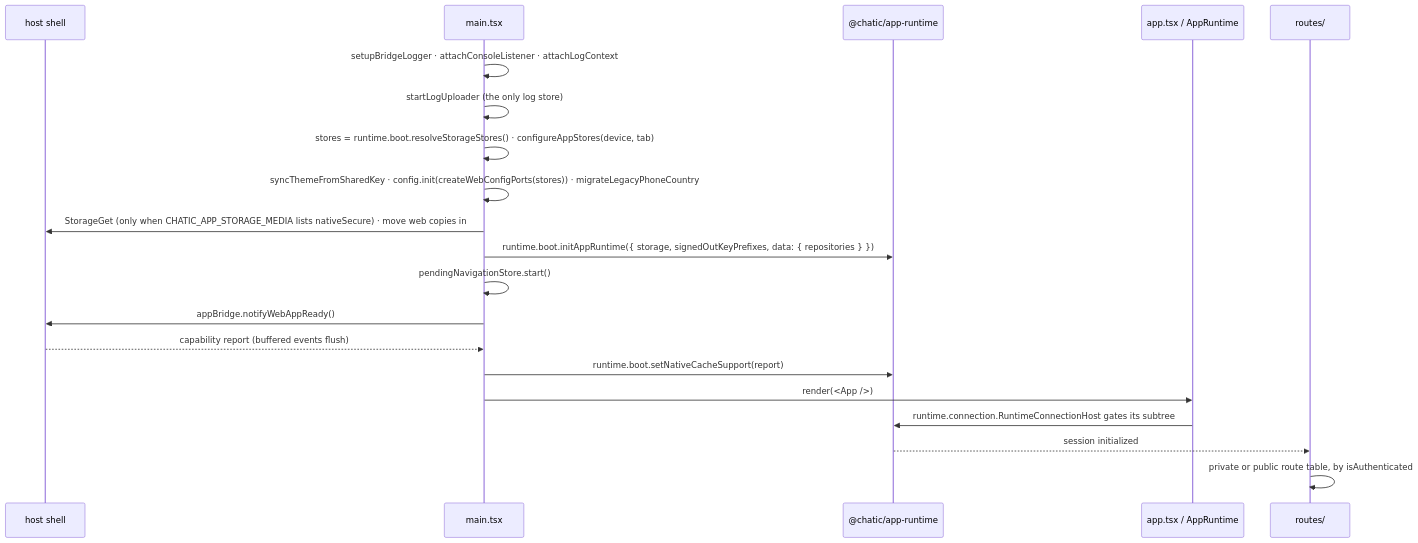
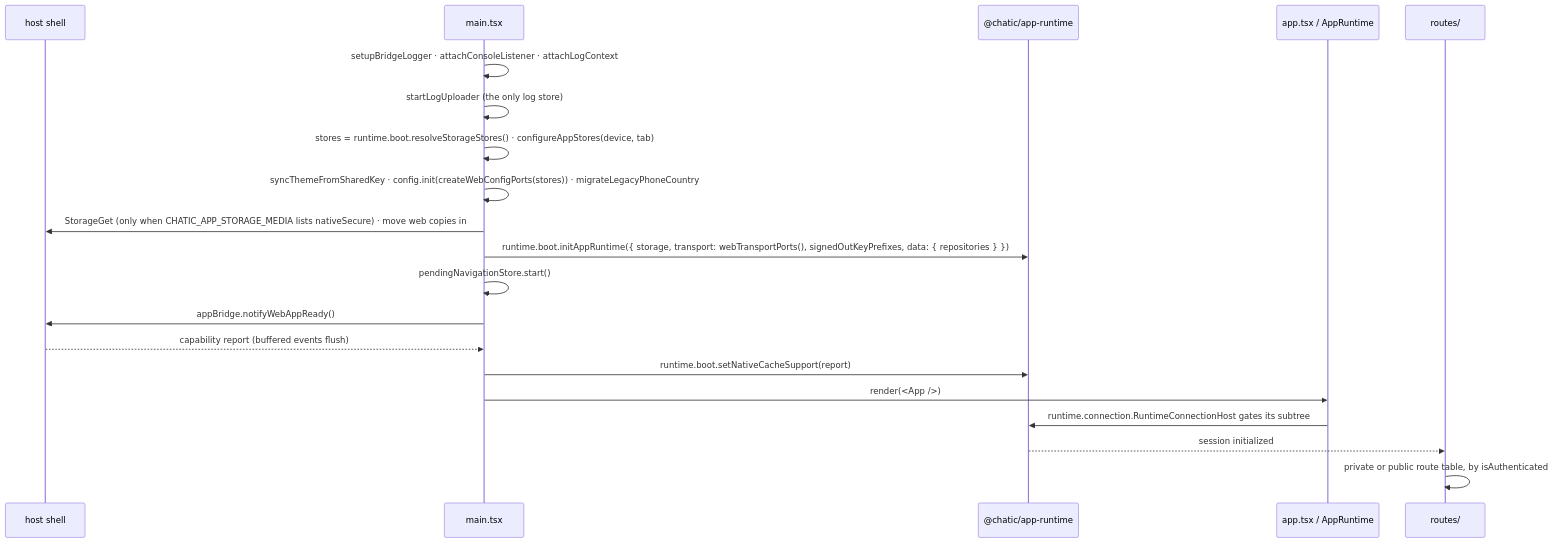
One commit to lemoncloud-io/dou-app changed the second of 2 diagrams in apps/web/README.md. Above: the diagram before and after it, drawn with Mermaid. The commit also changed 57 other files, not shown here.

First line of the commit message:
refactor(transport,runtime-web,app-runtime): open the transport's platform as ports

````diff
--- a/apps/web/README.md
+++ b/apps/web/README.md
@@ -146,23 +146,23 @@
 ```mermaid
 sequenceDiagram
     participant Shell as host shell
     participant Main as main.tsx
     participant RT as @chatic/app-runtime
     participant App as app.tsx / AppRuntime
     participant Router as routes/
 
     Main->>Main: setupBridgeLogger · attachConsoleListener · attachLogContext
     Main->>Main: startLogUploader (the only log store)
     Main->>Main: stores = runtime.boot.resolveStorageStores() · configureAppStores(device, tab)
     Main->>Main: syncThemeFromSharedKey · config.init(createWebConfigPorts(stores)) · migrateLegacyPhoneCountry
     Main->>Shell: StorageGet (only when CHATIC_APP_STORAGE_MEDIA lists nativeSecure) · move web copies in
-    Main->>RT: runtime.boot.initAppRuntime({ storage, signedOutKeyPrefixes, data: { repositories } })
+    Main->>RT: runtime.boot.initAppRuntime({ storage, transport: webTransportPorts(), signedOutKeyPrefixes, data: { repositories } })
     Main->>Main: pendingNavigationStore.start()
     Main->>Shell: appBridge.notifyWebAppReady()
     Shell-->>Main: capability report (buffered events flush)
     Main->>RT: runtime.boot.setNativeCacheSupport(report)
     Main->>App: render(<App />)
     App->>RT: runtime.connection.RuntimeConnectionHost gates its subtree
     RT-->>Router: session initialized
     Router->>Router: private or public route table, by isAuthenticated
 ```
````
